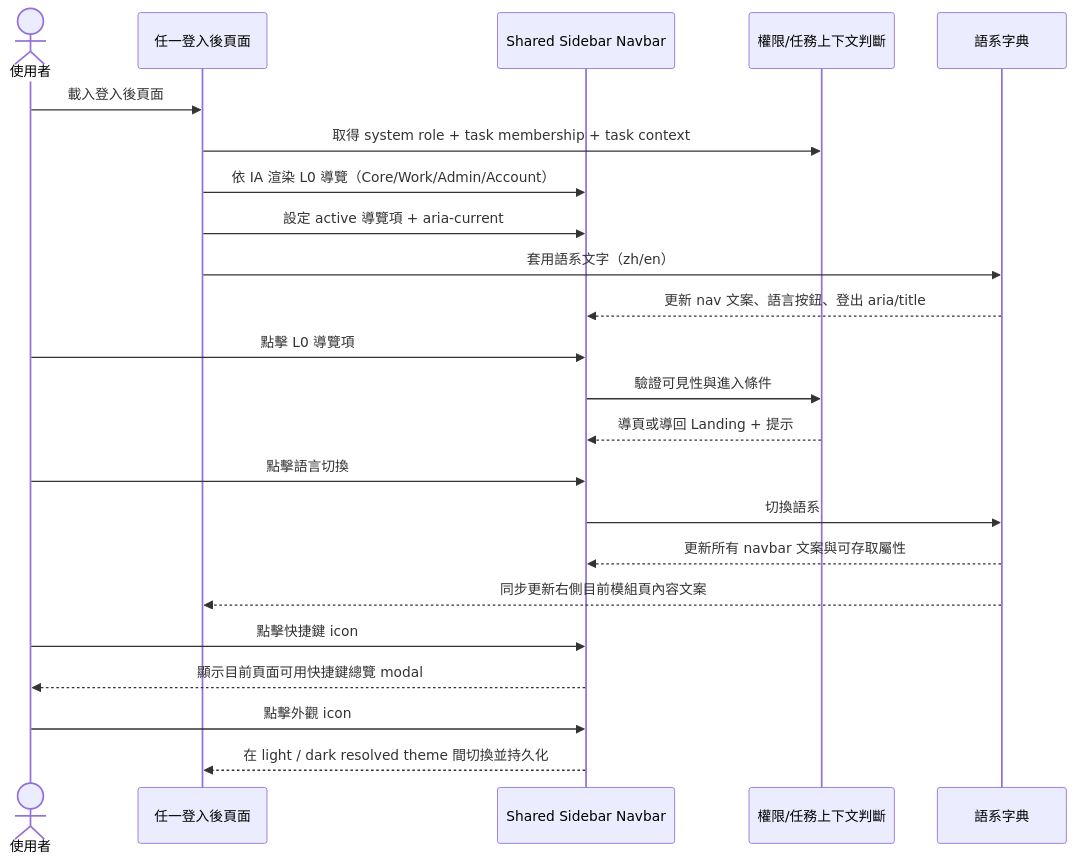
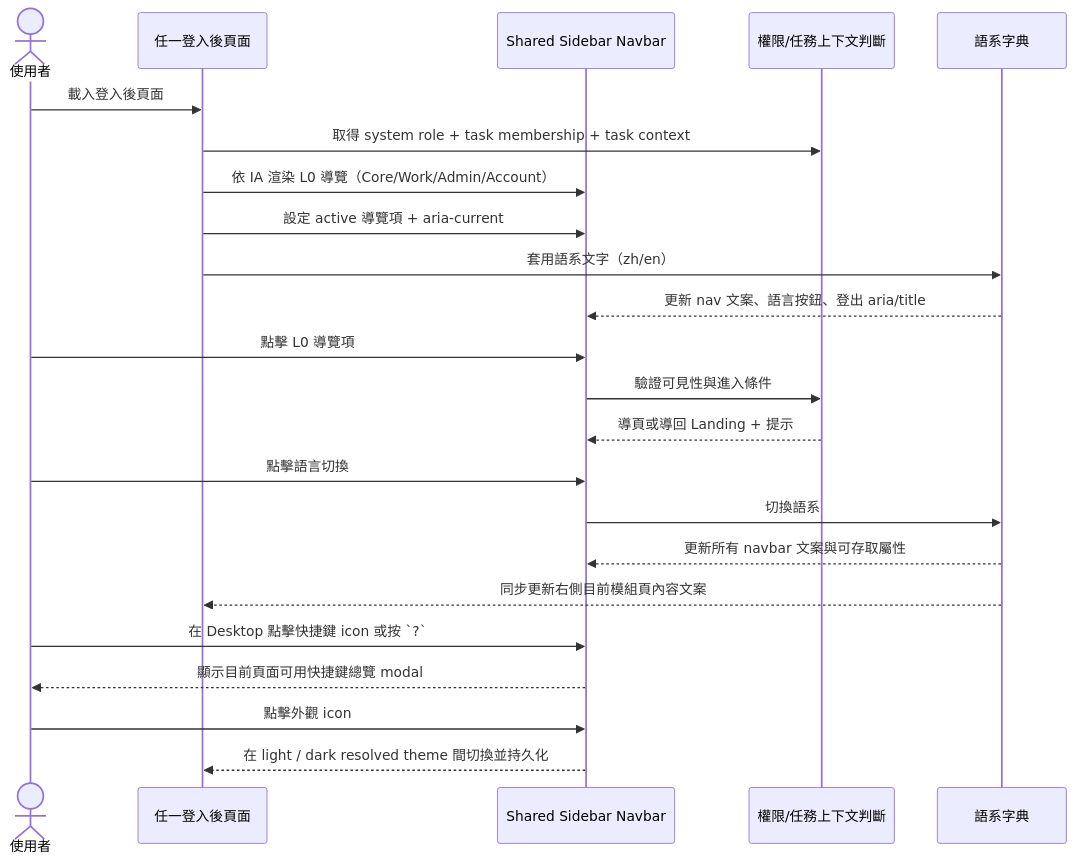
Before and after one commit to singyichen/label-suite: the first of 2 diagrams in specs/shared/008-sidebar-navbar-shared/spec.md, drawn with Mermaid. The commit also changed other lines of this file and 4 other files, not shown here.

````diff
--- a/specs/shared/008-sidebar-navbar-shared/spec.md
+++ b/specs/shared/008-sidebar-navbar-shared/spec.md
@@ -50,30 +59,30 @@
 ```mermaid
 sequenceDiagram
     actor 使用者
     participant 頁面 as 任一登入後頁面
     participant navbar as Shared Sidebar Navbar
     participant authz as 權限/任務上下文判斷
     participant i18n as 語系字典
 
     使用者->>頁面: 載入登入後頁面
     頁面->>authz: 取得 system role + task membership + task context
     頁面->>navbar: 依 IA 渲染 L0 導覽（Core/Work/Admin/Account）
     頁面->>navbar: 設定 active 導覽項 + aria-current
     頁面->>i18n: 套用語系文字（zh/en）
     i18n-->>navbar: 更新 nav 文案、語言按鈕、登出 aria/title
 
     使用者->>navbar: 點擊 L0 導覽項
     navbar->>authz: 驗證可見性與進入條件
     authz-->>navbar: 導頁或導回 Landing + 提示
 
     使用者->>navbar: 點擊語言切換
     navbar->>i18n: 切換語系
     i18n-->>navbar: 更新所有 navbar 文案與可存取屬性
     i18n-->>頁面: 同步更新右側目前模組頁內容文案
 
-    使用者->>navbar: 點擊快捷鍵 icon
+    使用者->>navbar: 在 Desktop 點擊快捷鍵 icon 或按 `?`
     navbar-->>使用者: 顯示目前頁面可用快捷鍵總覽 modal
 
     使用者->>navbar: 點擊外觀 icon
     navbar-->>頁面: 在 light / dark resolved theme 間切換並持久化
 ```
````
